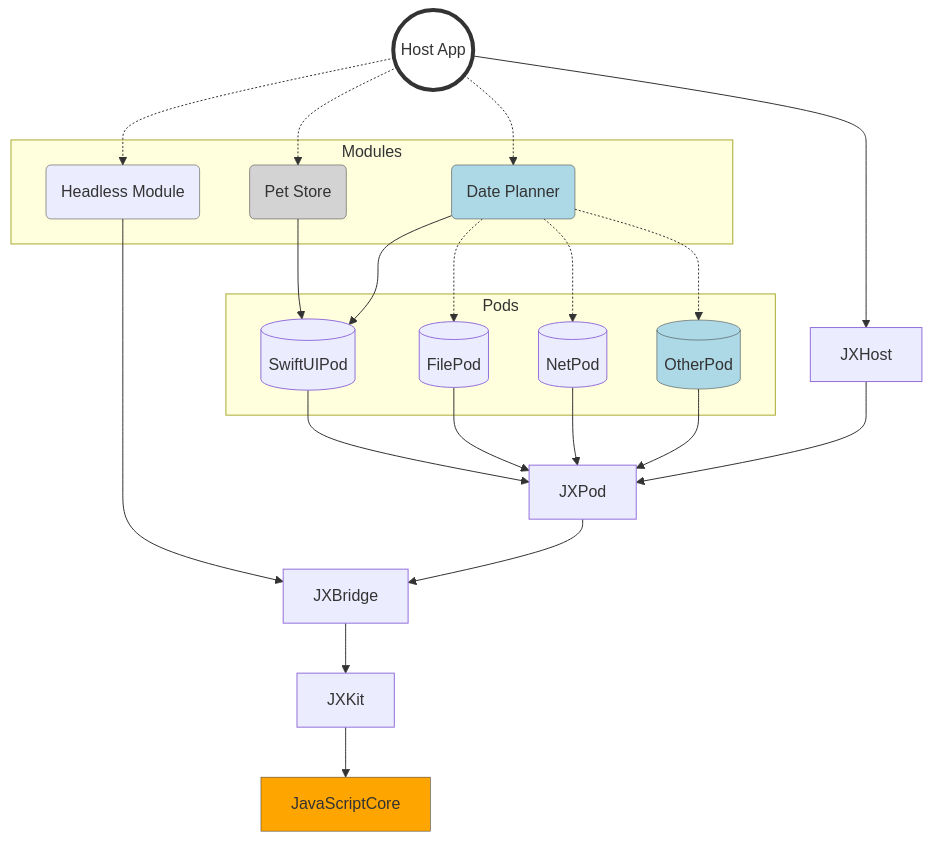
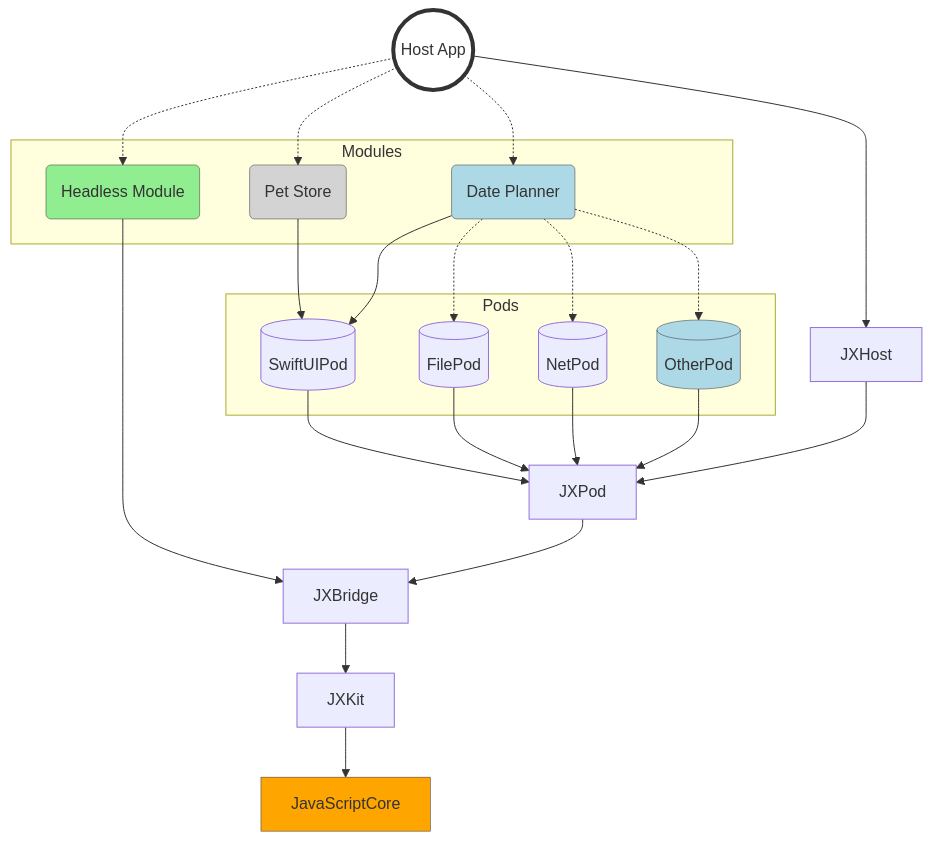
The second of 2 diagrams in README.md (jectivex/JXHost), drawn with Mermaid before and after one commit.

````diff
--- a/README.md
+++ b/README.md
@@ -69,62 +69,62 @@
 ```mermaid
 flowchart TB
     HostApp -.-> HeadlessModule
     HostApp((Host App)) -.-> PetStoreModule
     HostApp -.-> DatePlannerModule
     
     HostApp --> JXHost
     
     subgraph Modules
       HeadlessModule(Headless Module)
       PetStoreModule(Pet Store)
       DatePlannerModule(Date Planner)
     end
 
     HeadlessModule --> JXBridge
 
     PetStoreModule --> SwiftUIPod
     
     DatePlannerModule --> SwiftUIPod
     DatePlannerModule -.-> FilePod
     DatePlannerModule -.-> NetPod
     DatePlannerModule -.-> OtherPod
 
     JXHost --> JXPod
     JXPod --> JXBridge
 
     subgraph Pods
       FilePod[(FilePod)]
       NetPod[(NetPod)]
       SwiftUIPod[(SwiftUIPod)]
       OtherPod[(OtherPod)]
     end
 
     FilePod --> JXPod
     NetPod --> JXPod
     SwiftUIPod --> JXPod
     OtherPod --> JXPod
 
     JXBridge --> JXKit
     
     JXKit --> JavaScriptCore[JavaScriptCore]
 
 classDef HostApp fill:white,stroke:#333,stroke-width:4px
 class HostApp HostApp
 
 classDef PetStoreModule fill:lightgray,stroke:#333,stroke-width:0.5px
-classDef HeadlessModule fill:lightred,stroke:#333,stroke-width:0.5px
+classDef HeadlessModule fill:lightgreen,stroke:#333,stroke-width:0.5px
 classDef DatePlannerModule fill:lightblue,stroke:#333,stroke-width:0.5px
 
 class PetStoreModule PetStoreModule
 class HeadlessModule HeadlessModule
 class DatePlannerModule DatePlannerModule
 
 classDef OtherPod fill:lightblue,stroke:#333,stroke-width:0.5px
 class OtherPod OtherPod
 
 classDef JavaScriptCore fill:orange,stroke:#333,stroke-width:0.5px
 class JavaScriptCore JavaScriptCore
 
 class di orange
 
 ```
````
